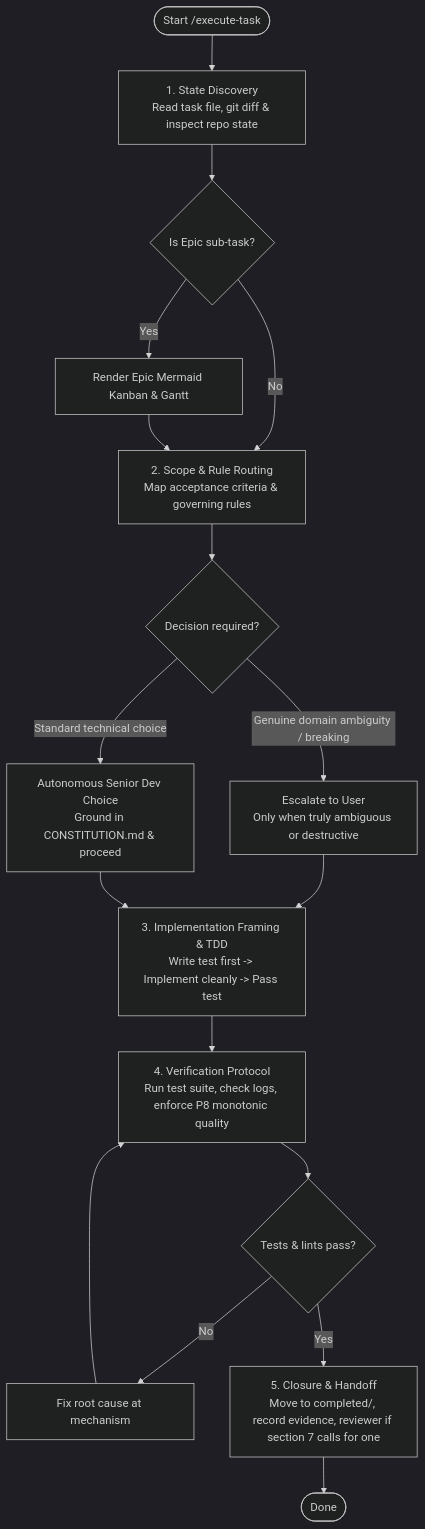
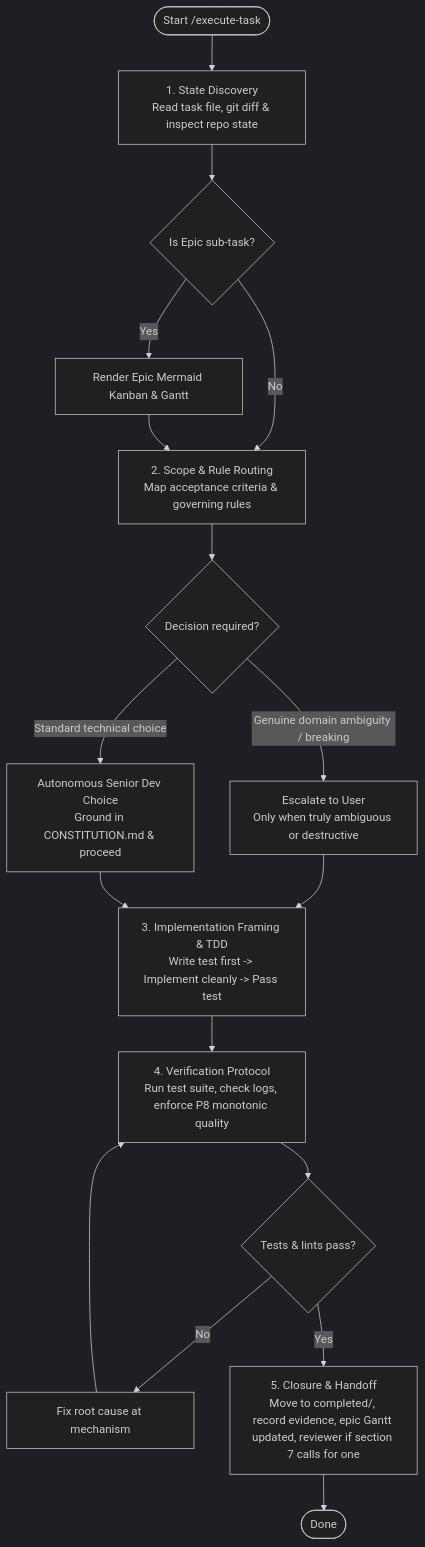
Before and after one commit to anhembedded/Youtube-Plan: the diagram in .claude/skills/execute-task/SKILL.md, drawn with Mermaid (dark theme). The commit also changed other lines of this file and 4 other files, not shown here.

````diff
--- a/.claude/skills/execute-task/SKILL.md
+++ b/.claude/skills/execute-task/SKILL.md
@@ -12,20 +12,20 @@
 ```mermaid
 flowchart TD
     Start(["Start /execute-task"]) --> Discover["1. State Discovery<br/>Read task file, git diff & inspect repo state"]
     Discover --> BoardCheck{"Is Epic sub-task?"}
     BoardCheck -- Yes --> RenderBoard["Render Epic Mermaid Kanban & Gantt"]
     BoardCheck -- No --> ScopeTask["2. Scope & Rule Routing<br/>Map acceptance criteria & governing rules"]
     RenderBoard --> ScopeTask
 
     ScopeTask --> DecisionCheck{"Decision required?"}
     DecisionCheck -- Standard technical choice --> AutoDecide["Autonomous Senior Dev Choice<br/>Ground in CONSTITUTION.md & proceed"]
     DecisionCheck -- Genuine domain ambiguity / breaking --> AskUser["Escalate to User<br/>Only when truly ambiguous or destructive"]
     AskUser --> TDD
     AutoDecide --> TDD
 
     TDD["3. Implementation Framing & TDD<br/>Write test first -> Implement cleanly -> Pass test"] --> Verify["4. Verification Protocol<br/>Run test suite, check logs, enforce P8 monotonic quality"]
     Verify --> QualityGate{"Tests & lints pass?"}
     QualityGate -- No --> Fix["Fix root cause at mechanism"] --> Verify
-    QualityGate -- Yes --> Complete["5. Closure & Handoff<br/>Move to completed/, record evidence, reviewer if section 7 calls for one"]
+    QualityGate -- Yes --> Complete["5. Closure & Handoff<br/>Move to completed/, record evidence, epic Gantt updated, reviewer if section 7 calls for one"]
     Complete --> Done(["Done"])
 ```
````
